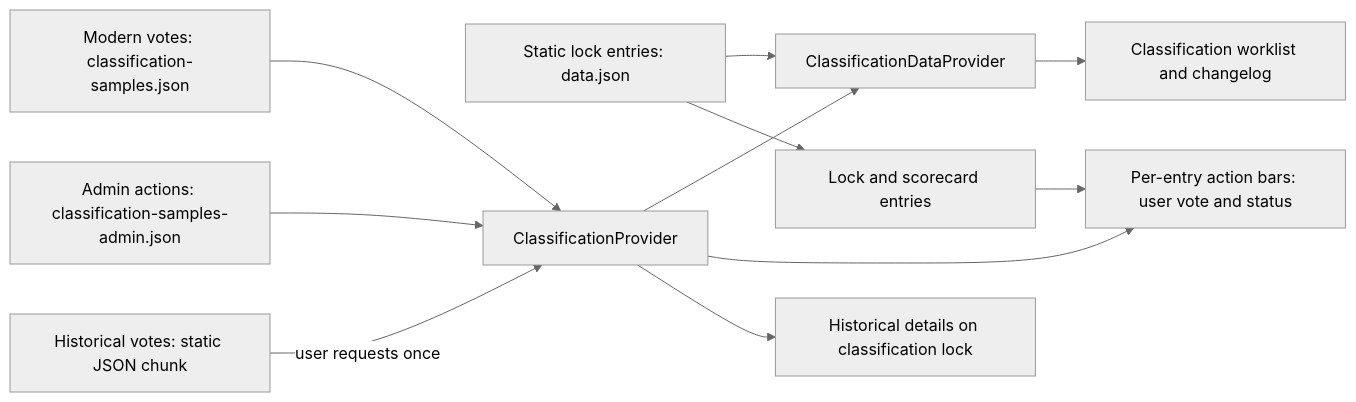
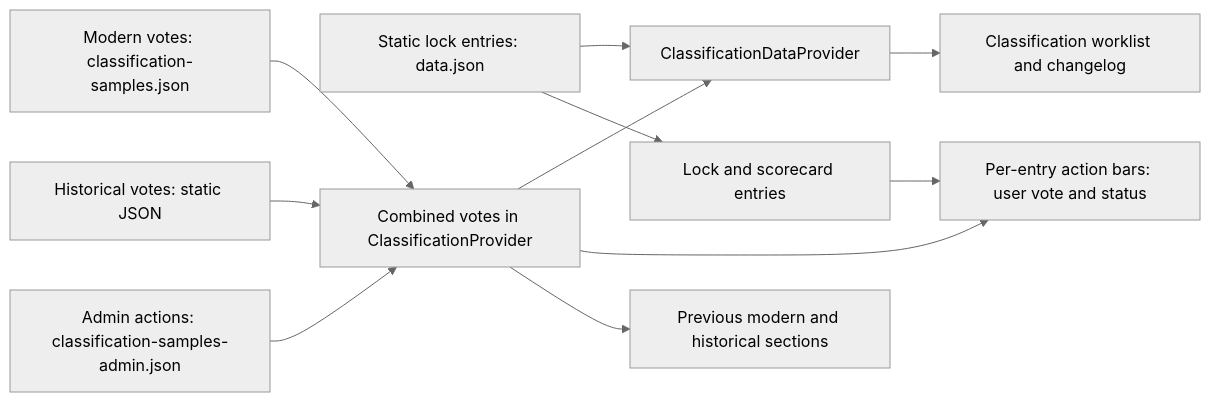
The diagram in internal-docs/classification-functionality-overview.md (Lockpickers-United/lpu-belt-explorer), drawn with Mermaid (neutral theme) before and after one commit. The commit also changed other lines of this file and 10 other files, not shown here.

````diff
--- a/internal-docs/classification-functionality-overview.md
+++ b/internal-docs/classification-functionality-overview.md
@@ -28,13 +28,13 @@
 ```mermaid
 flowchart LR
     L[Static lock entries: data.json] --> C[ClassificationDataProvider]
-    V[Modern votes: classification-samples.json] --> P[ClassificationProvider]
+    V[Modern votes: classification-samples.json] --> P[Combined votes in ClassificationProvider]
+    H[Historical votes: static JSON] --> P
     A[Admin actions: classification-samples-admin.json] --> P
     P --> C
     C --> W[Classification worklist and changelog]
     P --> B[Per-entry action bars: user vote and status]
     L --> K[Lock and scorecard entries]
     K --> B
-    H[Historical votes: static JSON chunk] -->|user requests once| P
-    P --> D[Historical details on classification lock]
+    P --> D[Previous modern and historical sections]
 ```
````
